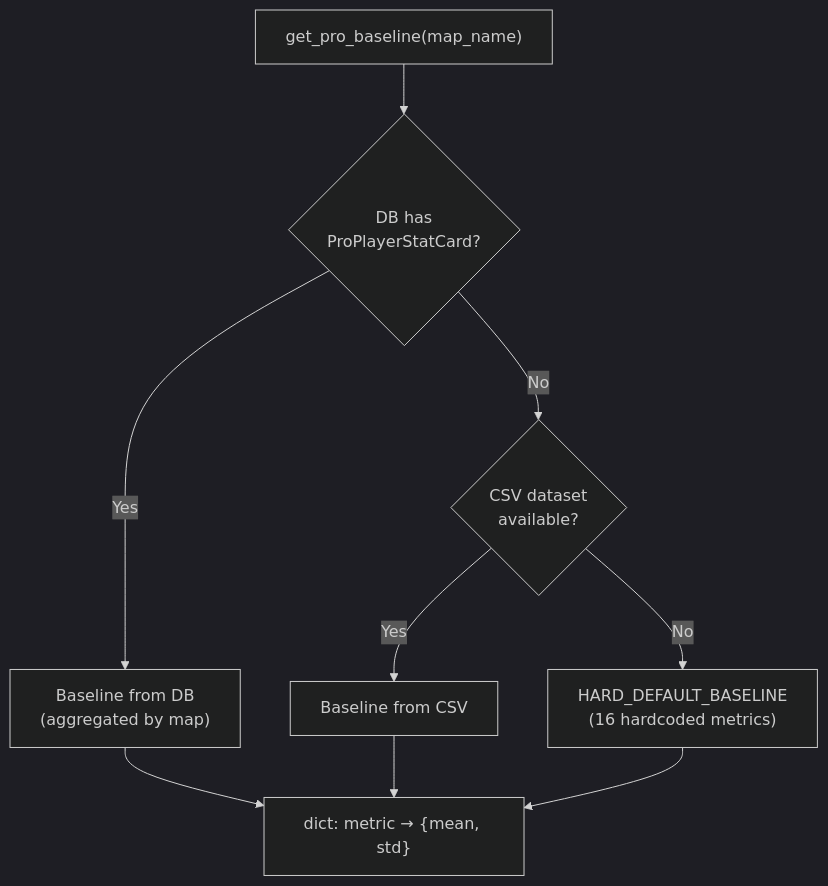
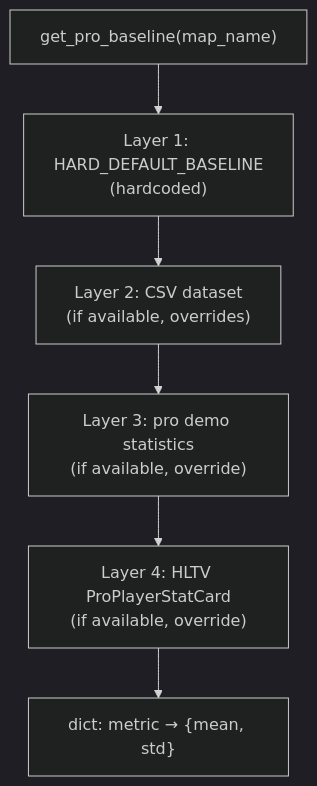
Diagram 33 of 49 in docs/books/Book-Coach-2-en.md (renanaugustomacena-ux/Counter-Strike-coach-AI), drawn with Mermaid (dark theme) before and after one commit. The commit also changed other lines of this file and 36 other files, not shown here.

````diff
--- a/docs/books/Book-Coach-2-en.md
+++ b/docs/books/Book-Coach-2-en.md
@@ -1594,11 +1637,8 @@
 ```mermaid
 flowchart TB
-    REQ["get_pro_baseline(map_name)"] --> DB{"DB has<br/>ProPlayerStatCard?"}
-    DB -->|"Yes"| DBBL["Baseline from DB<br/>(aggregated by map)"]
-    DB -->|"No"| CSV{"CSV dataset<br/>available?"}
-    CSV -->|"Yes"| CSVBL["Baseline from CSV"]
-    CSV -->|"No"| HARD["HARD_DEFAULT_BASELINE<br/>(16 hardcoded metrics)"]
-    DBBL --> OUT["dict: metric → {mean, std}"]
-    CSVBL --> OUT
-    HARD --> OUT
+    REQ["get_pro_baseline(map_name)"] --> HARD["Layer 1: HARD_DEFAULT_BASELINE<br/>(hardcoded)"]
+    HARD --> CSV["Layer 2: CSV dataset<br/>(if available, overrides)"]
+    CSV --> DEMO["Layer 3: pro demo statistics<br/>(if available, override)"]
+    DEMO --> HLTV["Layer 4: HLTV ProPlayerStatCard<br/>(if available, override)"]
+    HLTV --> OUT["dict: metric → {mean, std}"]
 ```
````
